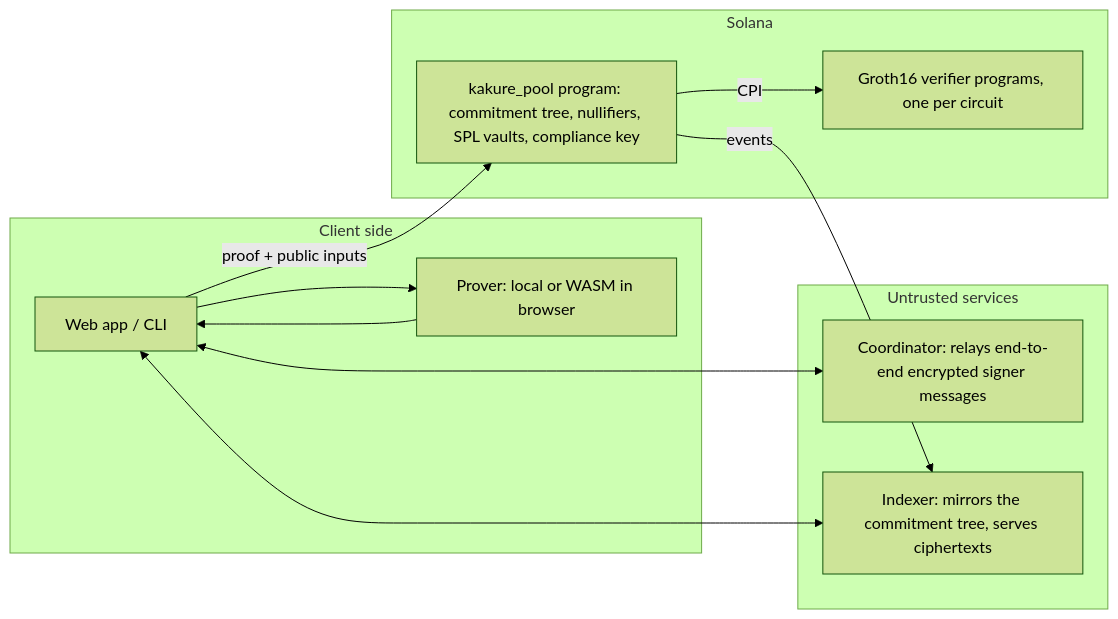
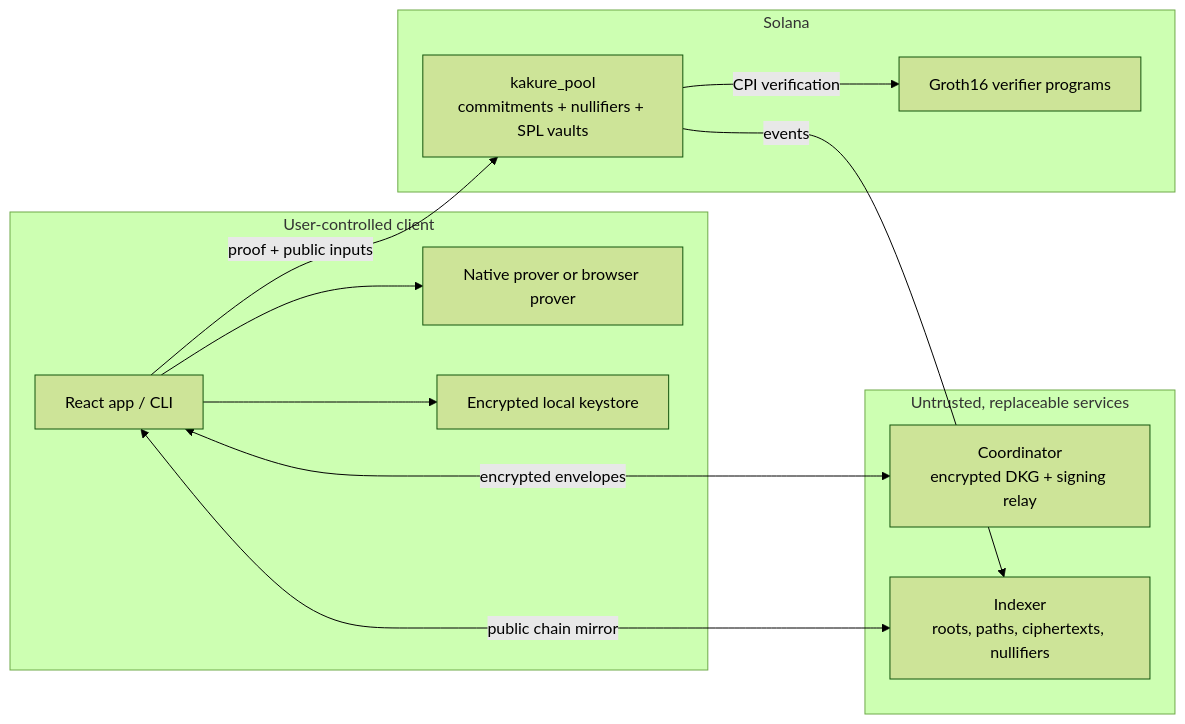
One commit to unspecifiedcoder/kakure-prime changed the diagram in README.md. Above: the diagram before and after it, drawn with Mermaid (forest theme). The commit also changed other lines of this file and 1 other file, not shown here.

Commit message:
docs: rebuild project story and roadmap

````diff
--- a/README.md
+++ b/README.md
@@ -40,22 +83,26 @@
 ```mermaid
 flowchart LR
-  subgraph client[Client side]
-    W[Web app / CLI]
-    P[Prover: local or WASM in browser]
+  subgraph client[User-controlled client]
+    W[React app / CLI]
+    P[Native prover or browser prover]
+    K[Encrypted local keystore]
     W --> P
+    W --> K
   end
-  subgraph services[Untrusted services]
-    C[Coordinator: relays end-to-end encrypted signer messages]
-    I[Indexer: mirrors the commitment tree, serves ciphertexts]
+
+  subgraph services[Untrusted, replaceable services]
+    C[Coordinator<br/>encrypted DKG + signing relay]
+    I[Indexer<br/>roots, paths, ciphertexts, nullifiers]
   end
-  subgraph chain[Solana]
-    POOL[kakure_pool program: commitment tree, nullifiers, SPL vaults, compliance key]
-    V[Groth16 verifier programs, one per circuit]
-    POOL -- CPI --> V
+
+  subgraph solana[Solana]
+    POOL[kakure_pool<br/>commitments + nullifiers + SPL vaults]
+    V[Groth16 verifier programs]
+    POOL -->|CPI verification| V
   end
-  W <--> C
-  W <--> I
-  P --> W
-  W -- proof + public inputs --> POOL
-  POOL -- events --> I
+
+  W <-->|encrypted envelopes| C
+  W <-->|public chain mirror| I
+  W -->|proof + public inputs| POOL
+  POOL -->|events| I
 ```
````
